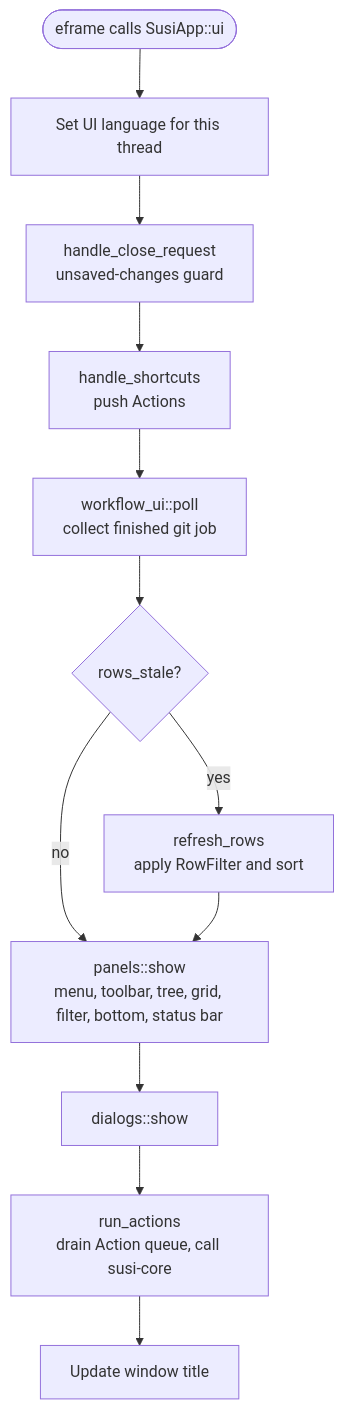
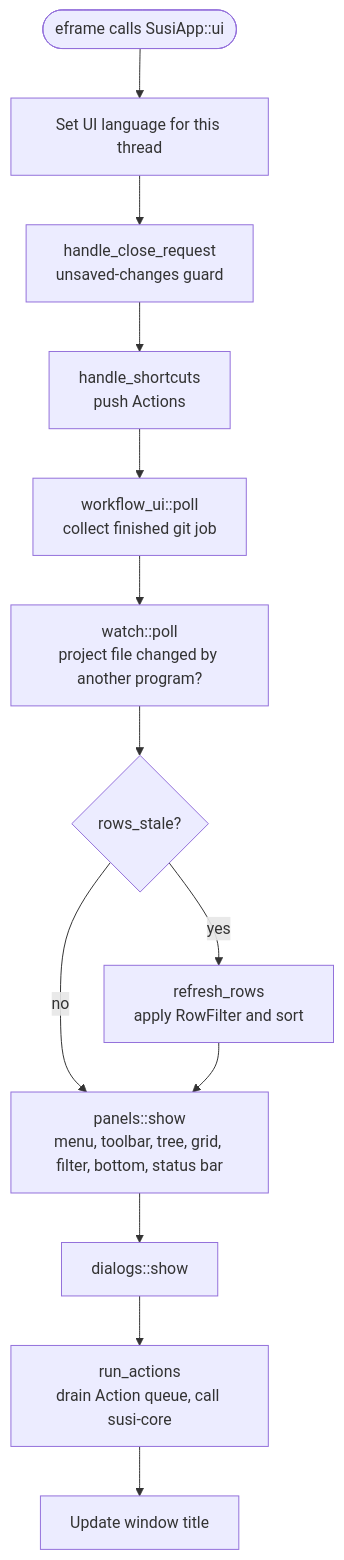
The sixth of 13 diagrams in docs/dev/architecture.md (mcpride/susi-the-cat), drawn with Mermaid before and after one commit. The commit also changed other lines of this file and 14 other files, not shown here.

````diff
--- a/docs/dev/architecture.md
+++ b/docs/dev/architecture.md
@@ -363,14 +364,15 @@
 ```mermaid
 flowchart TD
     start(["eframe calls SusiApp::ui"]) --> lang["Set UI language for this thread"]
     lang --> close["handle_close_request<br/>unsaved-changes guard"]
     close --> keys["handle_shortcuts<br/>push Actions"]
     keys --> poll["workflow_ui::poll<br/>collect finished git job"]
-    poll --> stale{"rows_stale?"}
+    poll --> watch["watch::poll<br/>project file changed by another program?"]
+    watch --> stale{"rows_stale?"}
     stale -- yes --> refresh["refresh_rows<br/>apply RowFilter and sort"]
     stale -- no --> panels
     refresh --> panels["panels::show<br/>menu, toolbar, tree, grid, filter, bottom, status bar"]
     panels --> dialogs["dialogs::show"]
     dialogs --> run["run_actions<br/>drain Action queue, call susi-core"]
     run --> title["Update window title"]
 ```
````
